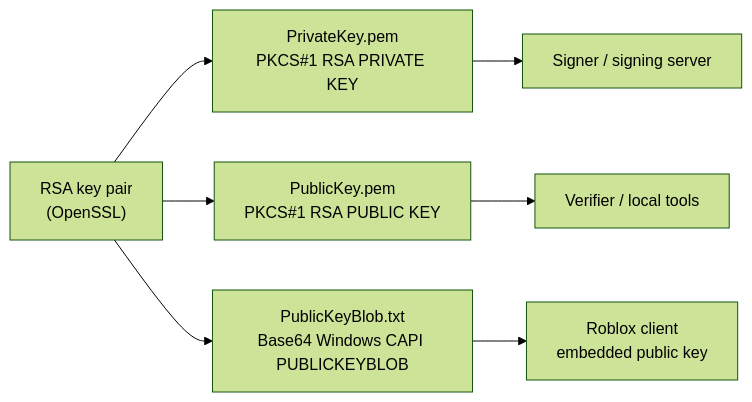
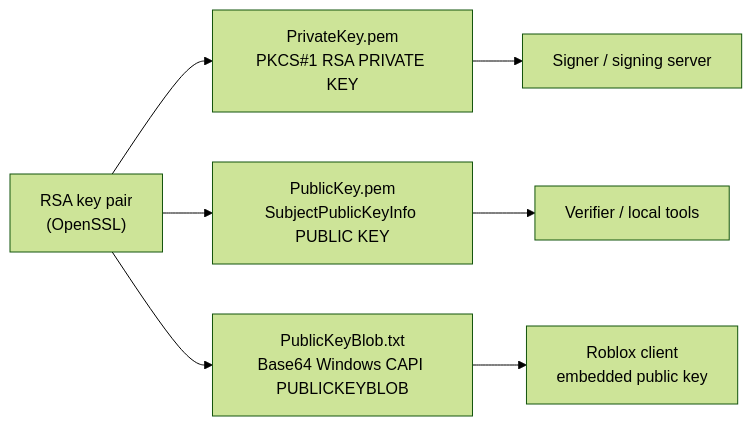
Before and after one commit to uv1c/rbxsig-php: the fourth of 4 diagrams in docs/script-signing.md, drawn with Mermaid (forest theme). The commit also changed other lines of this file and 6 other files, not shown here.

Commit message:
Use standard public key PEM encoding

````diff
--- a/docs/script-signing.md
+++ b/docs/script-signing.md
@@ -157,14 +157,14 @@
 ```mermaid
 flowchart LR
     rsa["RSA key pair<br/>(OpenSSL)"]
     priv["PrivateKey.pem<br/>PKCS#1 RSA PRIVATE KEY"]
-    pub["PublicKey.pem<br/>PKCS#1 RSA PUBLIC KEY"]
+    pub["PublicKey.pem<br/>SubjectPublicKeyInfo PUBLIC KEY"]
     blob["PublicKeyBlob.txt<br/>Base64 Windows CAPI PUBLICKEYBLOB"]
     signer["Signer / signing server"]
     verifier["Verifier / local tools"]
     client["Roblox client<br/>embedded public key"]
 
     rsa --> priv --> signer
     rsa --> pub --> verifier
     rsa --> blob --> client
 ```
````
